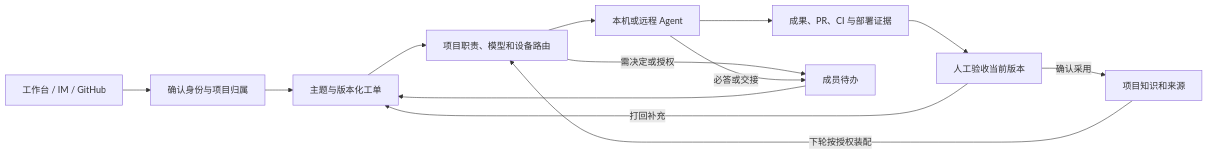
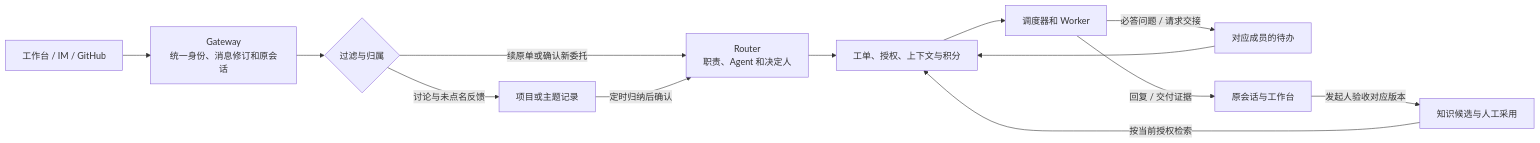
Before and after one commit to zhegong-996/Contractor: the diagram in README.md, drawn with Mermaid. The commit also changed other lines of this file and 73 other files, not shown here.

````diff
--- a/README.md
+++ b/README.md
@@ -11,15 +11,15 @@
 ```mermaid
 flowchart LR
-  A["工作台 / IM / GitHub"] --> B["确认身份与项目归属"]
-  B --> C["主题与版本化工单"]
-  C --> D["项目职责、模型和设备路由"]
-  D --> E["本机或远程 Agent"]
-  E --> F["成果、PR、CI 与部署证据"]
-  F --> G["人工验收当前版本"]
-  G -->|"打回补充"| C
-  G -->|"确认采用"| K["项目知识和来源"]
-  K -->|"下轮按授权装配"| D
-  D -->|"需决定或授权"| H["成员待办"]
-  E -->|"必答或交接"| H
-  H --> C
+    A["工作台 / IM / GitHub"] --> B["Gateway<br/>统一身份、消息修订和原会话"]
+    B --> C{"过滤与归属"}
+    C -->|"讨论与未点名反馈"| D["项目或主题记录"]
+    C -->|"续原单或确认新委托"| E["Router<br/>职责、Agent 和决定人"]
+    D -->|"定时归纳后确认"| E
+    E --> F["工单、授权、上下文与积分"]
+    F --> G["调度器和 Worker"]
+    G -->|"必答问题 / 请求交接"| H["对应成员的待办"]
+    H --> F
+    G -->|"回复 / 交付证据"| I["原会话与工作台"]
+    I -->|"发起人验收对应版本"| J["知识候选与人工采用"]
+    J -->|"按当前授权检索"| F
 ```
````
